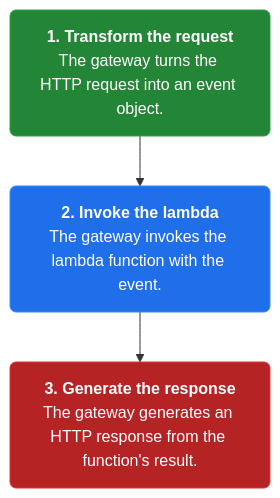
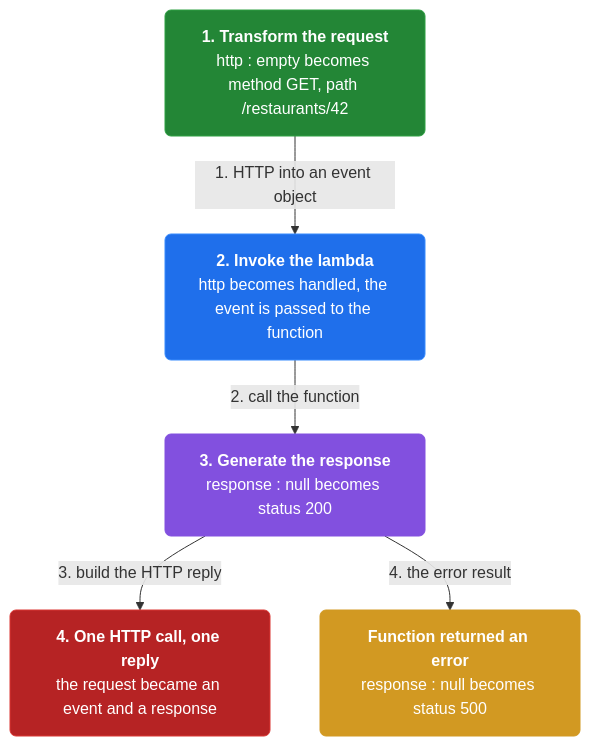
One commit to vinayakuber/microservices-io-study-guide changed the third of 4 diagrams in docs/ch41-serverless-deployment.md. Above: the diagram before and after it, drawn with Mermaid. The commit also changed other lines of this file and 46 other files, not shown here.

First line of the commit message:
Author rich branching flow diagrams for all 44 chapters

````diff
--- a/docs/ch41-serverless-deployment.md
+++ b/docs/ch41-serverless-deployment.md
@@ -87,11 +99,17 @@
 ```mermaid
 flowchart TD
-  classDef step fill:#1f6feb,color:#ffffff,stroke:#388bfd,stroke-width:1px,rx:6
+  classDef step fill:#1f6feb,color:#ffffff,stroke:#388bfd,rx:6
+  classDef core fill:#8250df,color:#ffffff,stroke:#8250df,rx:6
+  classDef warn fill:#d29922,color:#ffffff,stroke:#d29922,rx:6
   classDef start fill:#238636,color:#ffffff,stroke:#2ea043,rx:6
   classDef stop fill:#b62324,color:#ffffff,stroke:#da3633,rx:6
-  s2n0["<b>1. Transform the request</b><br/>The gateway turns the HTTP request into an event object."]:::start
-  s2n1["<b>2. Invoke the lambda</b><br/>The gateway invokes the lambda function with the event."]:::step
-  s2n2["<b>3. Generate the response</b><br/>The gateway generates an HTTP response from the function's result."]:::stop
-  s2n0 --> s2n1
-  s2n1 --> s2n2
+  n0["<b>1. Transform the request</b><br/>http : empty becomes method GET, path /restaurants/42"]:::start
+  n1["<b>2. Invoke the lambda</b><br/>http becomes handled, the event is passed to the function"]:::step
+  n2["<b>3. Generate the response</b><br/>response : null becomes status 200"]:::core
+  n3["<b>4. One HTTP call, one reply</b><br/>the request became an event and a response"]:::stop
+  n4["<b>Function returned an error</b><br/>response : null becomes status 500"]:::warn
+  n0 -->|"1. HTTP into an event object"| n1
+  n1 -->|"2. call the function"| n2
+  n2 -->|"3. build the HTTP reply"| n3
+  n2 -->|"4. the error result"| n4
 ```
````
